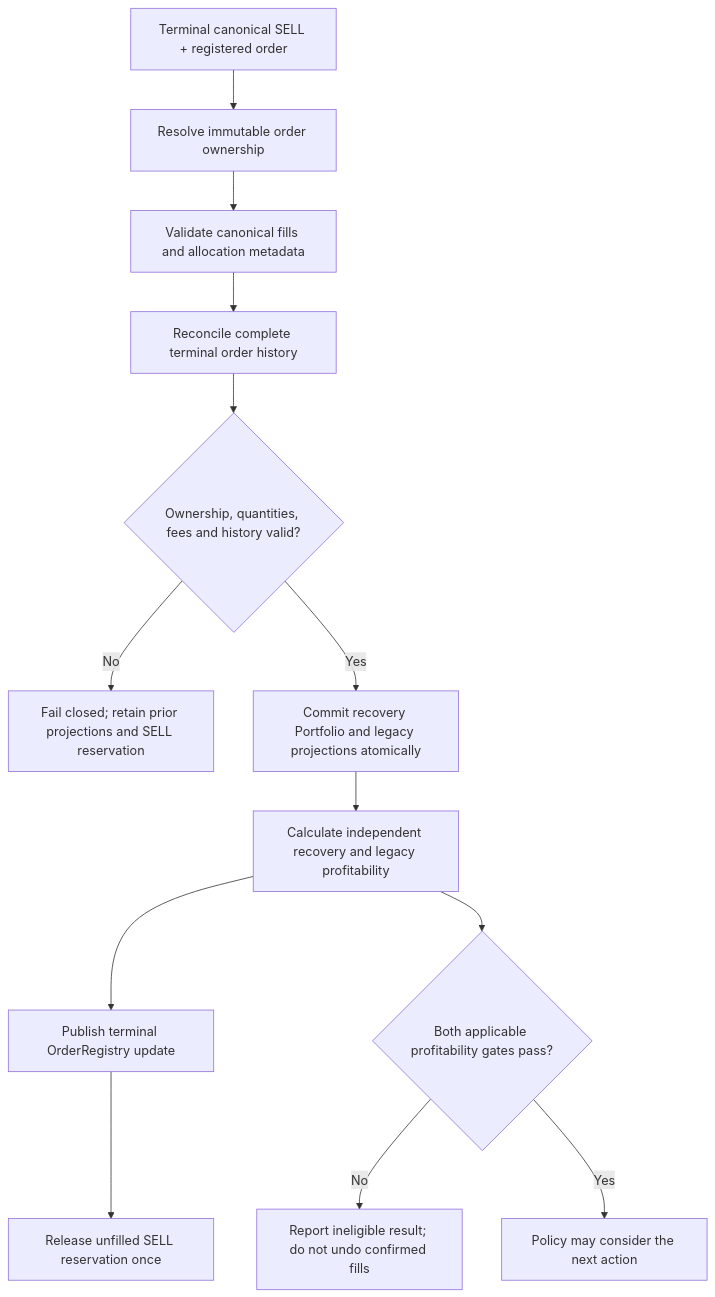
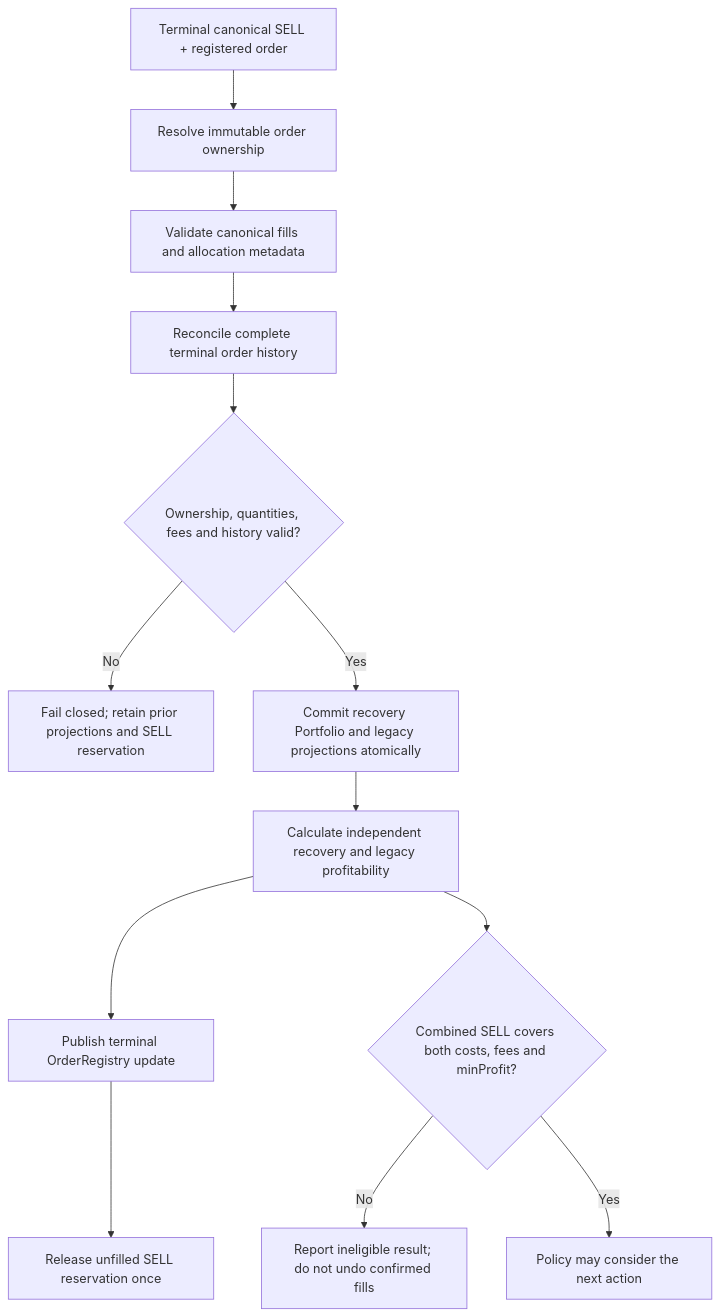
The first of 2 diagrams in apps/harvester/docs/domain/recovery-seller-domain-specification.md (45s/coinzilla), drawn with Mermaid before and after one commit. The commit also changed other lines of this file, not shown here.

Commit message:
docs(harvester): define combined RS cycle profitability

````diff
--- a/apps/harvester/docs/domain/recovery-seller-domain-specification.md
+++ b/apps/harvester/docs/domain/recovery-seller-domain-specification.md
@@ -146,15 +146,15 @@
 ```mermaid
 flowchart TD
   A[Terminal canonical SELL + registered order] --> B[Resolve immutable order ownership]
   B --> C[Validate canonical fills and allocation metadata]
   C --> D[Reconcile complete terminal order history]
   D --> E{Ownership, quantities, fees and history valid?}
   E -->|No| X[Fail closed; retain prior projections and SELL reservation]
   E -->|Yes| F[Commit recovery Portfolio and legacy projections atomically]
   F --> G[Calculate independent recovery and legacy profitability]
   G --> H[Publish terminal OrderRegistry update]
   H --> I[Release unfilled SELL reservation once]
-  G --> J{Both applicable profitability gates pass?}
+  G --> J{Combined SELL covers both costs, fees and minProfit?}
   J -->|No| K[Report ineligible result; do not undo confirmed fills]
   J -->|Yes| L[Policy may consider the next action]
 ```
````
